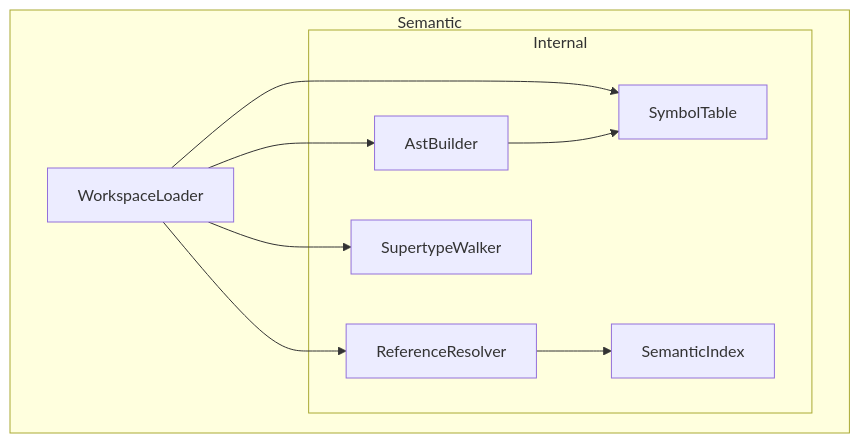
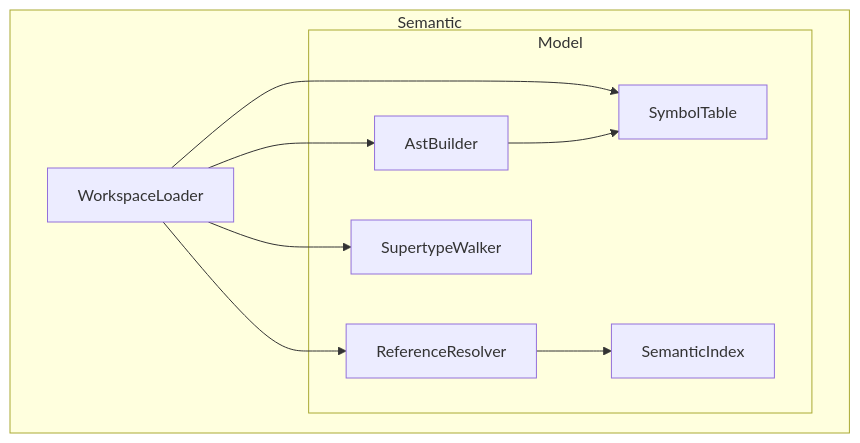
The diagram in docs/design/sysml2-tools-language/semantic.md (demaconsulting/SysML2Tools), drawn with Mermaid before and after one commit. The commit also changed other lines of this file and 88 other files, not shown here.

````diff
--- a/docs/design/sysml2-tools-language/semantic.md
+++ b/docs/design/sysml2-tools-language/semantic.md
@@ -15,19 +15,19 @@
 ```mermaid
 flowchart TD
     subgraph Semantic
         WorkspaceLoader
-        subgraph Internal
+        subgraph Model
             AstBuilder
             SymbolTable
             ReferenceResolver
             SupertypeWalker
             SemanticIndex
         end
     end
     WorkspaceLoader --> AstBuilder
     WorkspaceLoader --> SymbolTable
     WorkspaceLoader --> ReferenceResolver
     WorkspaceLoader --> SupertypeWalker
     AstBuilder --> SymbolTable
     ReferenceResolver --> SemanticIndex
 ```
````
